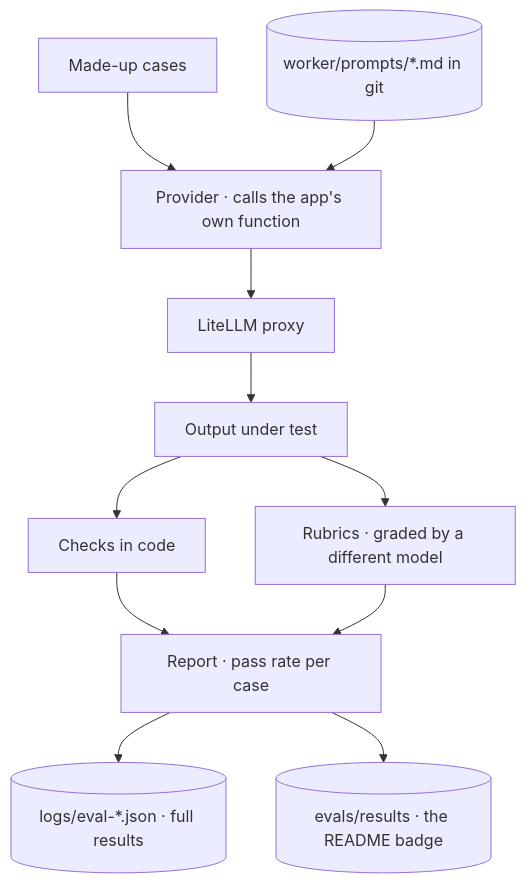
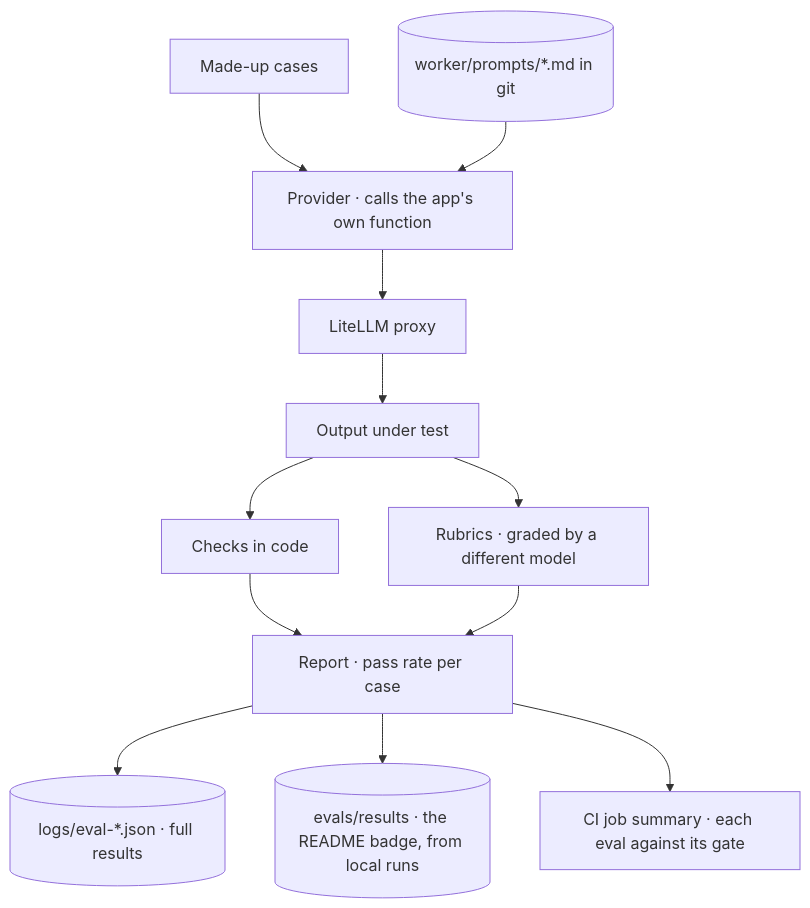
The sixth of 6 diagrams in README.md (doubleoevan/carlnotes), drawn with Mermaid before and after one commit. The commit also changed other lines of this file and 246 other files, not shown here.

````diff
--- a/README.md
+++ b/README.md
@@ -168,13 +258,14 @@
 ```mermaid
 flowchart
     Cases[Made-up cases] --> Provider[Provider · calls the app's own function]
     Templates[(worker/prompts/*.md in git)] --> Provider
     Provider --> LiteLLM[LiteLLM proxy]
     LiteLLM --> Output[Output under test]
     Output --> Code[Checks in code]
     Output --> Rubrics[Rubrics · graded by a different model]
     Code --> Report[Report · pass rate per case]
     Rubrics --> Report
     Report --> Results[(logs/eval-*.json · full results)]
-    Report --> Badge[(evals/results · the README badge)]
+    Report --> Badge[(evals/results · the README badge, from local runs)]
+    Report --> Summary[CI job summary · each eval against its gate]
 ```
````
